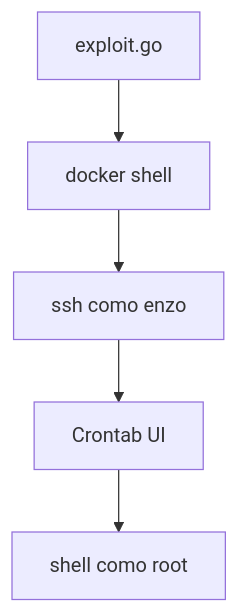
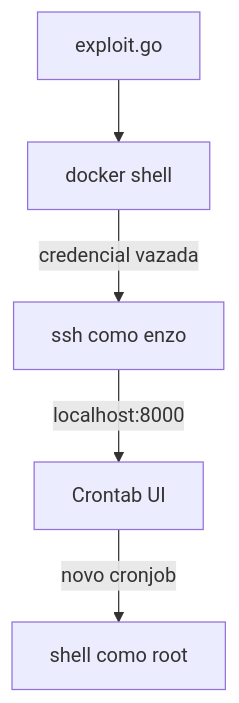
One commit to Pre4ch3r/Hacking changed the diagram in content/Planning/Planning HTB Write-up.md. Above: the diagram before and after it, drawn with Mermaid. The commit also changed other lines of this file and 2 other files, not shown here.

Commit message:
Planning walkthrough em pt_BR pronta. Mudanças no diagrama mermaid do Underpass writeup

````diff
--- a/content/Planning/Planning HTB Write-up.md
+++ b/content/Planning/Planning HTB Write-up.md
@@ -487,7 +489,7 @@
 ```mermaid
-graph TD
+flowchart TD
     A[exploit.go] --> B[docker shell]
-    B --> C[ssh como enzo] 
-    C --> D[Crontab UI] 
-    D --> E[shell como root]
+    B -->|credencial vazada| C[ssh como enzo] 
+    C -->|localhost:8000| D[Crontab UI] 
+    D -->|novo cronjob| E[shell como root]
 ```
````
